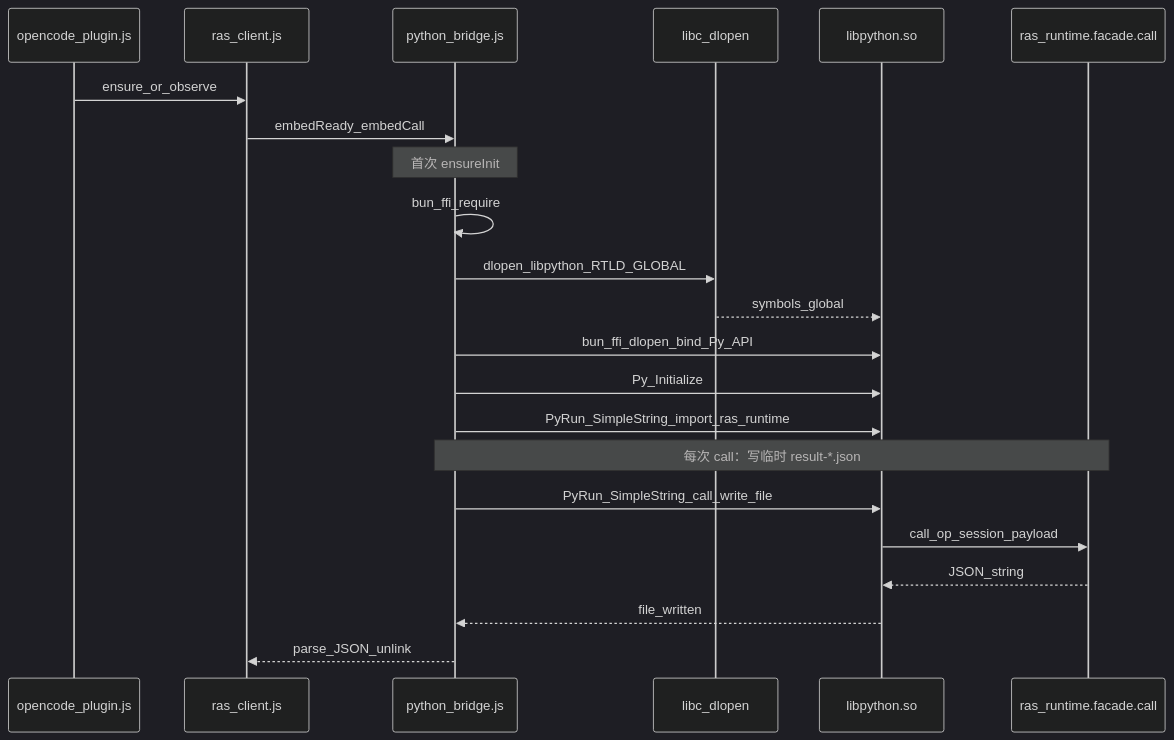
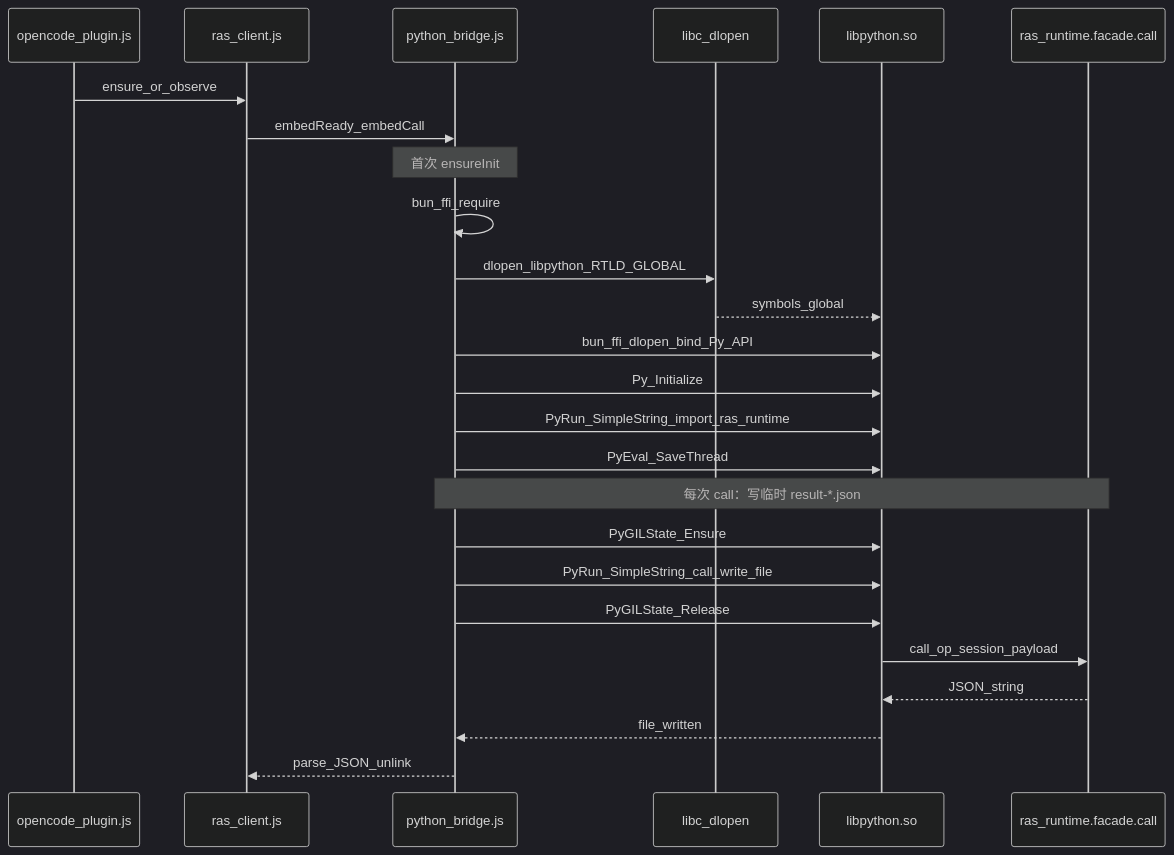
The fourth of 8 diagrams in docs/agent-ras/designs/architecture.md (openeuler-mirror/agent-insight), drawn with Mermaid (dark theme) before and after one commit. The commit also changed other lines of this file and 27 other files, not shown here.

````diff
--- a/docs/agent-ras/designs/architecture.md
+++ b/docs/agent-ras/designs/architecture.md
@@ -141,25 +141,28 @@
 ```mermaid
 sequenceDiagram
   participant Plugin as opencode_plugin.js
   participant RC as ras_client.js
   participant Br as python_bridge.js
   participant Libc as libc_dlopen
   participant Py as libpython.so
   participant Emb as ras_runtime.facade.call
 
   Plugin->>RC: ensure_or_observe
   RC->>Br: embedReady_embedCall
   Note over Br: 首次 ensureInit
   Br->>Br: bun_ffi_require
   Br->>Libc: dlopen_libpython_RTLD_GLOBAL
   Libc-->>Py: symbols_global
   Br->>Py: bun_ffi_dlopen_bind_Py_API
   Br->>Py: Py_Initialize
   Br->>Py: PyRun_SimpleString_import_ras_runtime
+  Br->>Py: PyEval_SaveThread
   Note over Br,Emb: 每次 call：写临时 result-*.json
+  Br->>Py: PyGILState_Ensure
   Br->>Py: PyRun_SimpleString_call_write_file
+  Br->>Py: PyGILState_Release
   Py->>Emb: call_op_session_payload
   Emb-->>Py: JSON_string
   Py-->>Br: file_written
   Br-->>RC: parse_JSON_unlink
 ```
````
